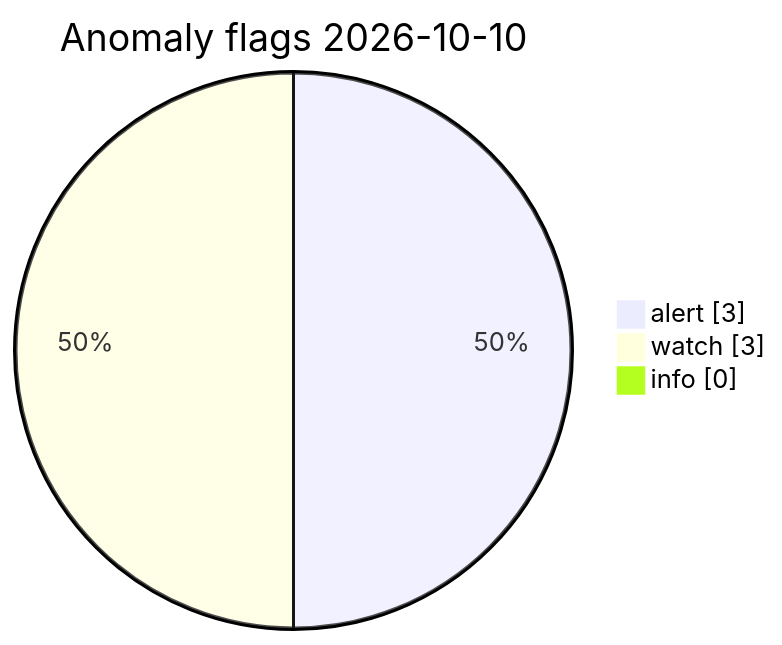
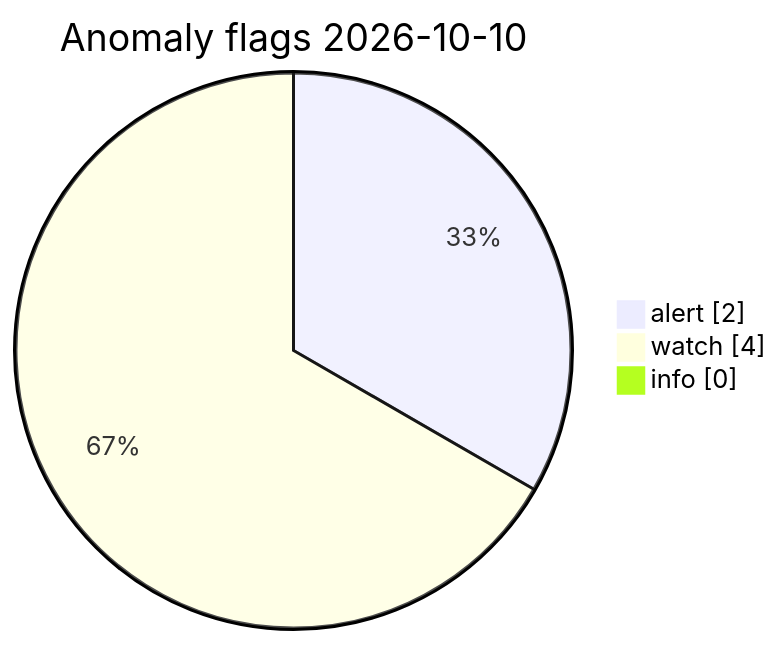
Before and after one commit to Midwest-Stratospheric/Unified-Open-Global-Weather: the diagram in visuals/latest/CHARTS.md, drawn with Mermaid. The commit also changed other lines of this file and 11 other files, not shown here.

Commit message:
data(visuals): automated charts 2026-10-10T15:30Z

````diff
--- a/visuals/latest/CHARTS.md
+++ b/visuals/latest/CHARTS.md
@@ -73,7 +73,7 @@
 ```mermaid
 pie showData
   title Anomaly flags 2026-10-10
-  "alert" : 3
-  "watch" : 3
+  "alert" : 2
+  "watch" : 4
   "info" : 0
 ```
````
